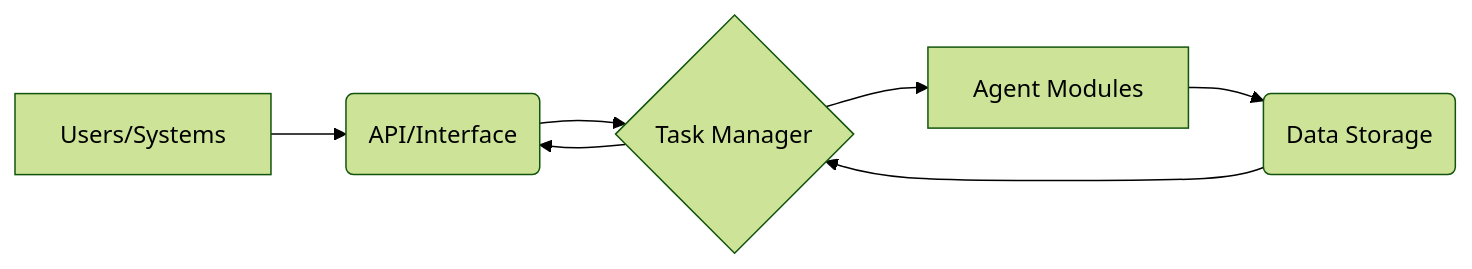
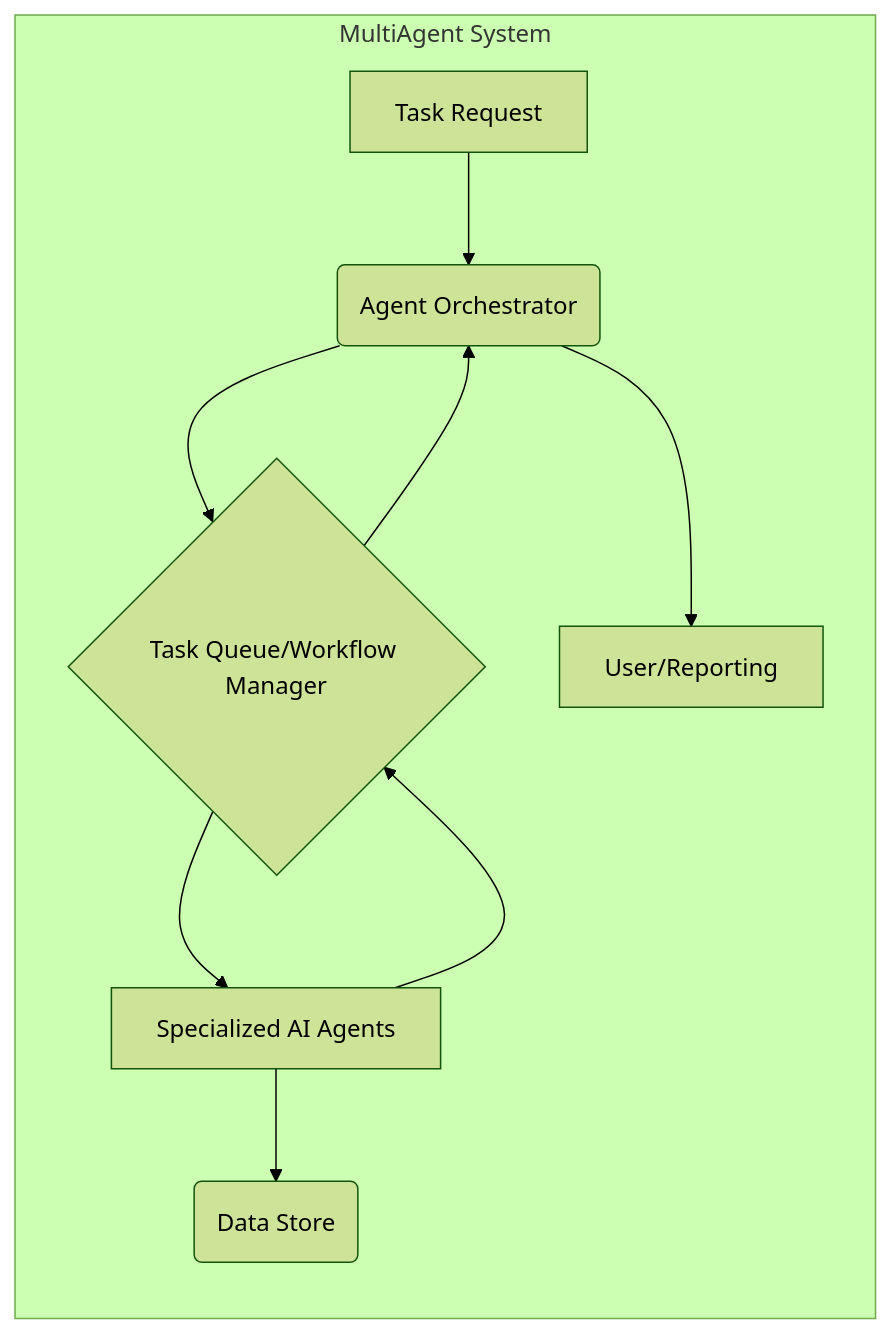
The first of 3 diagrams in docs/Architecture-Analysis.md (deepakgarg1986/MultiAgent), drawn with Mermaid (forest theme) before and after one commit. The commit also changed other lines of this file and 5 other files, not shown here.

````diff
--- a/docs/Architecture-Analysis.md
+++ b/docs/Architecture-Analysis.md
@@ -79,9 +60,12 @@
 ```mermaid
 graph LR
-    A[Users/Systems] --> B(API/Interface);
-    B --> C{Task Manager};
-    C --> D[Agent Modules];
-    D --> E(Data Storage);
-    E --> C;
-    C --> B;
+    subgraph "MultiAgent System"
+        A[Task Request] --> B(Agent Orchestrator);
+        B --> C{Task Queue/Workflow Manager};
+        C --> D[Specialized AI Agents];
+        D --> E(Data Store);
+        D --> C;
+        C --> B;
+        B --> F[User/Reporting];
+    end
 ```
````
